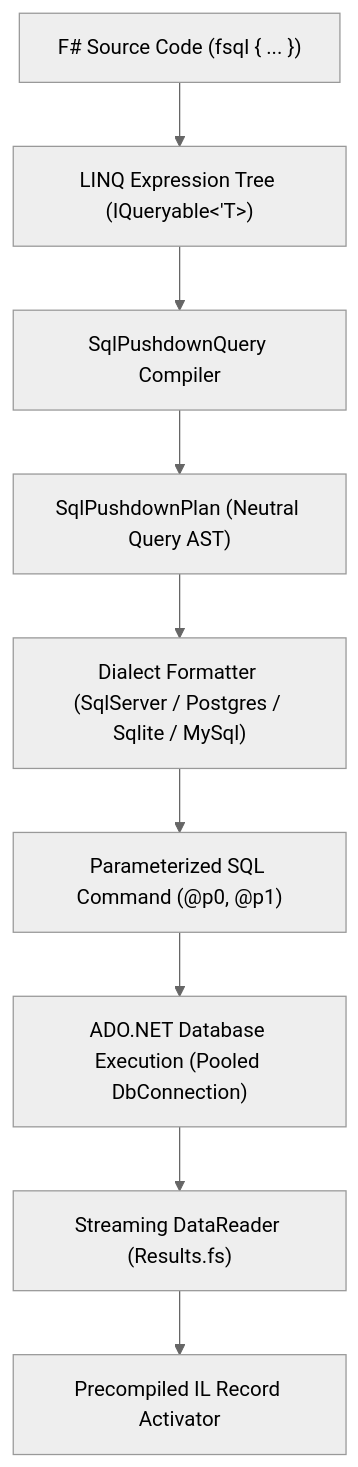
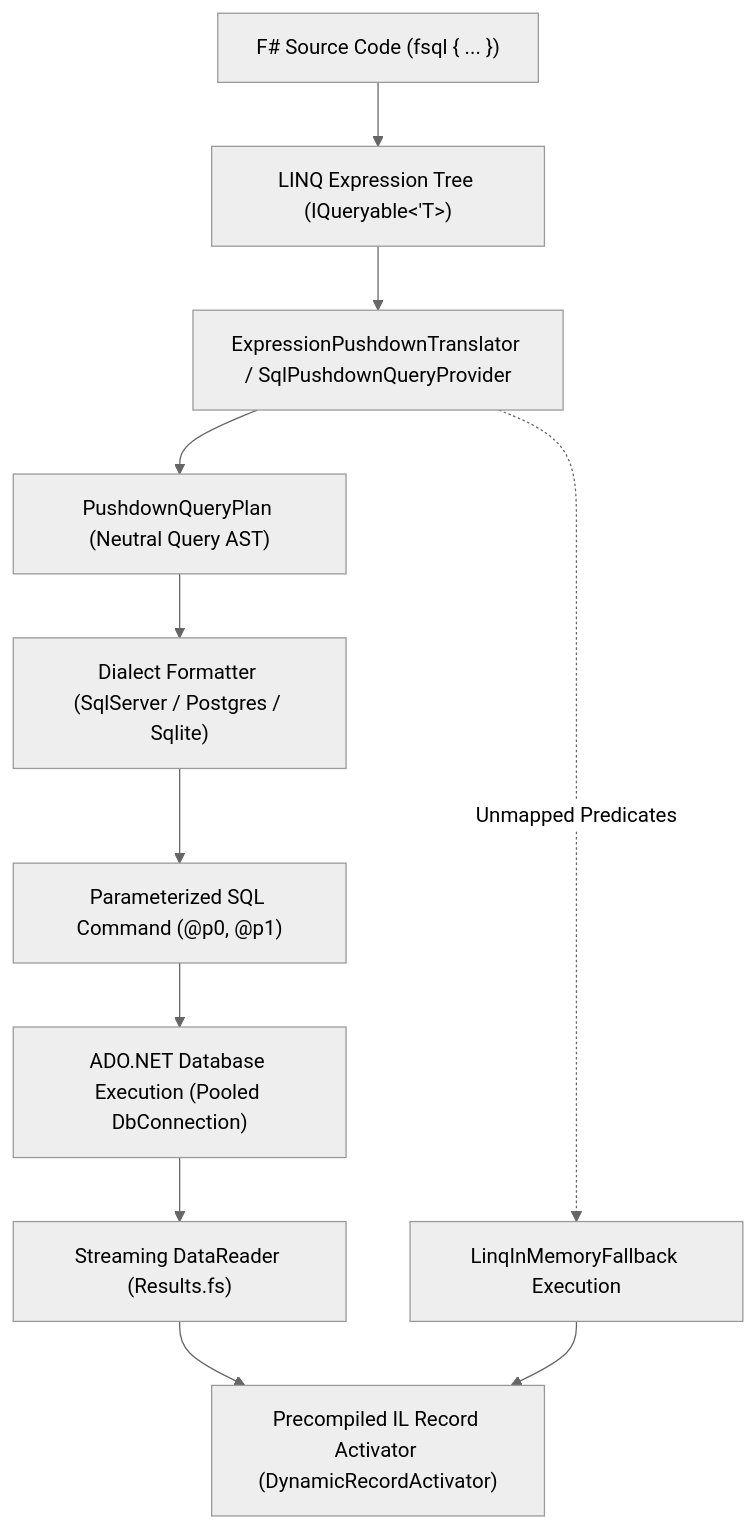
The diagram in docs/FSQL_LANGUAGE_SPECIFICATION.md (Matheusleal/fs-query-studio), drawn with Mermaid (neutral theme) before and after one commit. The commit also changed other lines of this file, not shown here.

````diff
--- a/docs/FSQL_LANGUAGE_SPECIFICATION.md
+++ b/docs/FSQL_LANGUAGE_SPECIFICATION.md
@@ -24,11 +85,13 @@
 ```mermaid
 flowchart TD
     A["F# Source Code (fsql { ... })"] --> B["LINQ Expression Tree (IQueryable<'T>)"]
-    B --> C["SqlPushdownQuery Compiler"]
-    C --> D["SqlPushdownPlan (Neutral Query AST)"]
-    D --> E["Dialect Formatter (SqlServer / Postgres / Sqlite / MySql)"]
+    B --> C["ExpressionPushdownTranslator / SqlPushdownQueryProvider"]
+    C --> D["PushdownQueryPlan (Neutral Query AST)"]
+    D --> E["Dialect Formatter (SqlServer / Postgres / Sqlite)"]
     E --> F["Parameterized SQL Command (@p0, @p1)"]
     F --> G["ADO.NET Database Execution (Pooled DbConnection)"]
     G --> H["Streaming DataReader (Results.fs)"]
-    H --> I["Precompiled IL Record Activator"]
+    H --> I["Precompiled IL Record Activator (DynamicRecordActivator)"]
+    C -. Unmapped Predicates .-> J["LinqInMemoryFallback Execution"]
+    J --> I
 ```
````
